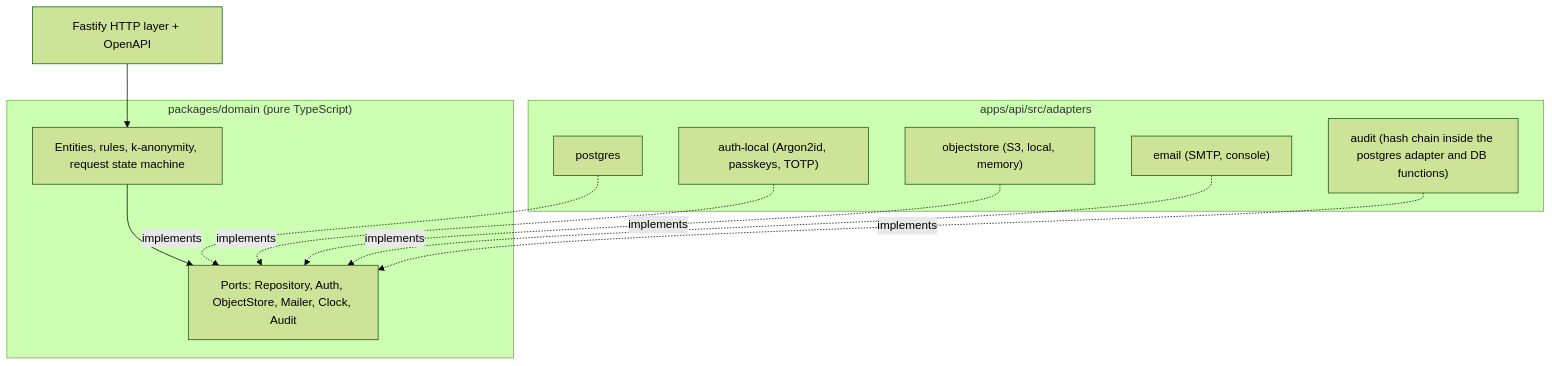
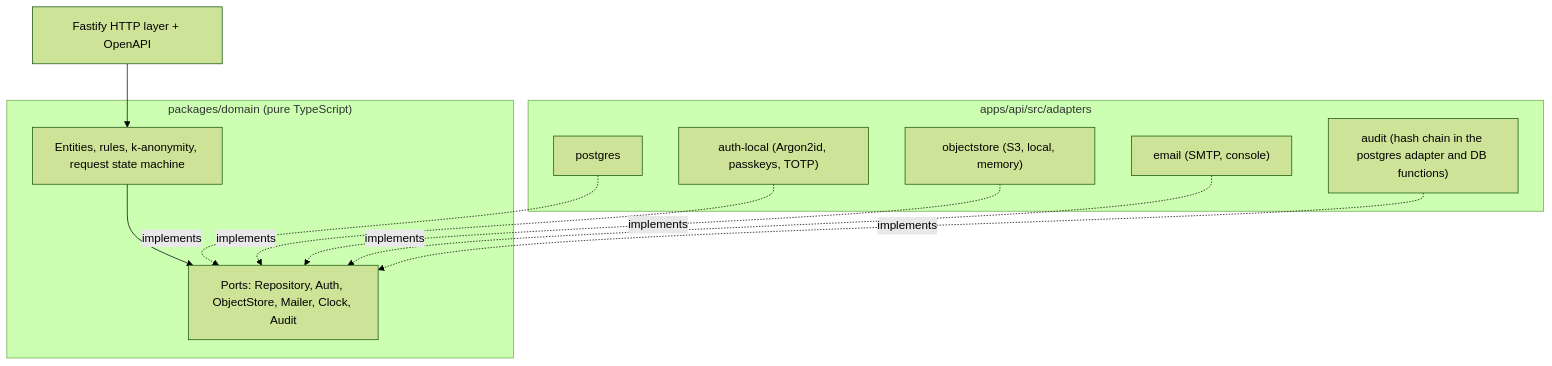
The second of 3 diagrams in docs/architecture.md (johnny882020/ARI-PST), drawn with Mermaid (forest theme) before and after one commit. The commit also changed other lines of this file and 185 other files, not shown here.

First line of the commit message:
feat: navy/gold restyle, delivery-stage screens, flow tests, docs rewrite, GCP guide, timeline (#9)

````diff
--- a/docs/architecture.md
+++ b/docs/architecture.md
@@ -35,21 +42,21 @@
 ```mermaid
 flowchart TB
   subgraph Core["packages/domain (pure TypeScript)"]
     D["Entities, rules, k-anonymity, request state machine"]
     P["Ports: Repository, Auth, ObjectStore, Mailer, Clock, Audit"]
   end
   subgraph Adapters["apps/api/src/adapters"]
     PG["postgres"]
     AU["auth-local (Argon2id, passkeys, TOTP)"]
     S3["objectstore (S3, local, memory)"]
     SM["email (SMTP, console)"]
-    AP["audit (hash chain inside the postgres adapter and DB functions)"]
+    AP["audit (hash chain in the postgres adapter and DB functions)"]
   end
   HTTP["Fastify HTTP layer + OpenAPI"] --> D
   D --> P
   PG -. implements .-> P
   AU -. implements .-> P
   S3 -. implements .-> P
   SM -. implements .-> P
   AP -. implements .-> P
 ```
````
